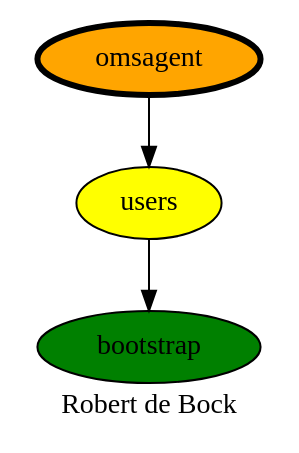
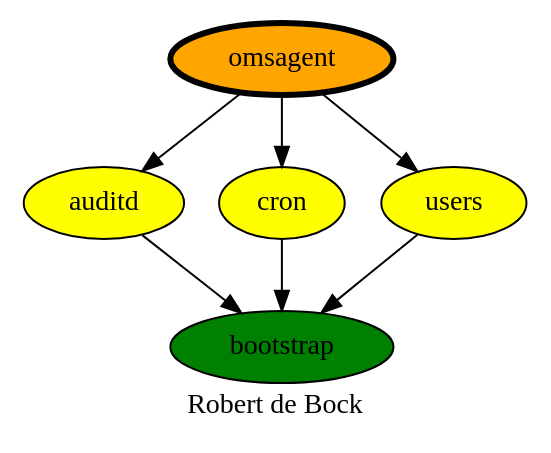
Before and after one commit to robertdebock/drawings: the diagram in omsagent.dot, drawn with Graphviz. The commit also changed 1 other file, not shown here.

Commit message:
Update deps for omsagent.

```diff
--- a/omsagent.dot
+++ b/omsagent.dot
@@ -1,11 +1,13 @@
 digraph PhiloDilemma {
   label = "Robert de Bock" ;
   overlap=false
   {
     bootstrap [fillcolor=green style=filled]
+    auditd [fillcolor=yellow style=filled]
+    cron [fillcolor=yellow style=filled]
     users [fillcolor=yellow style=filled]
     omsagent [fillcolor=orange style=filled penwidth=3]
   }
-  omsagent -> users
-  users -> bootstrap
+  omsagent -> {auditd cron users}
+  {auditd cron users} -> bootstrap
 }
```
